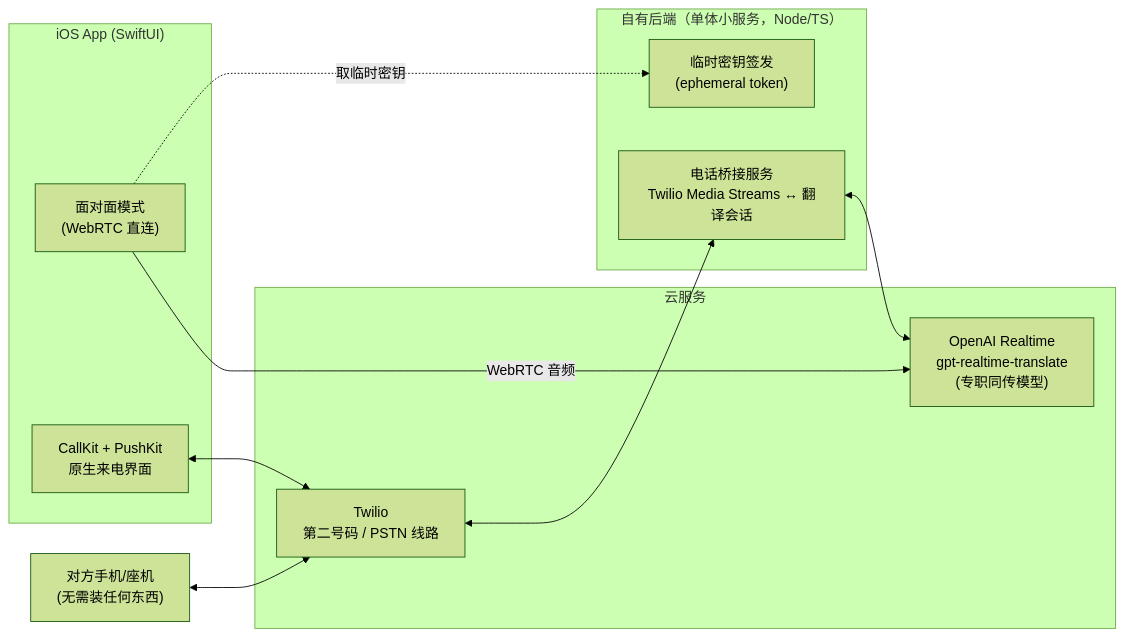
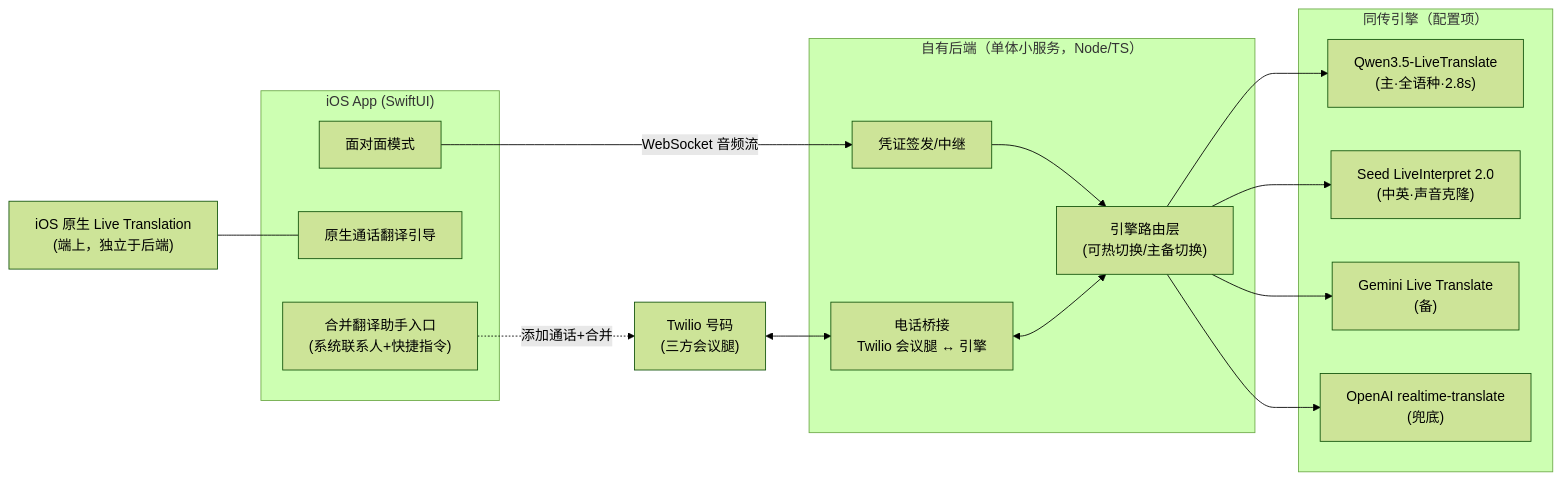
One commit to EricEEEEEEE/EricEEEEEEE changed the diagram in docs/PRD.md. Above: the diagram before and after it, drawn with Mermaid (forest theme). The commit also changed other lines of this file, not shown here.

First line of the commit message:
Rework PRD v2.0: native call translation + merge-bot, multi-engine SI router

````diff
--- a/docs/PRD.md
+++ b/docs/PRD.md
@@ -118,24 +125,27 @@
 ```mermaid
 flowchart LR
   subgraph iPhone["iOS App (SwiftUI)"]
-    F2F["面对面模式\n(WebRTC 直连)"]
-    CK["CallKit + PushKit\n原生来电界面"]
+    F2F["面对面模式"]
+    GUIDE["原生通话翻译引导"]
+    MERGE["合并翻译助手入口\n(系统联系人+快捷指令)"]
   end
 
   subgraph Backend["自有后端（单体小服务，Node/TS）"]
-    TOKEN["临时密钥签发\n(ephemeral token)"]
-    BRIDGE["电话桥接服务\nTwilio Media Streams ↔ 翻译会话"]
+    ROUTER["引擎路由层\n(可热切换/主备切换)"]
+    BRIDGE["电话桥接\nTwilio 会议腿 ↔ 引擎"]
+    TOKEN["凭证签发/中继"]
   end
 
-  subgraph Cloud["云服务"]
-    OAI["OpenAI Realtime\ngpt-realtime-translate\n(专职同传模型)"]
-    TW["Twilio\n第二号码 / PSTN 线路"]
+  subgraph Engines["同传引擎（配置项）"]
+    QWEN["Qwen3.5-LiveTranslate\n(主·全语种·2.8s)"]
+    SEED["Seed LiveInterpret 2.0\n(中英·声音克隆)"]
+    GEM["Gemini Live Translate\n(备)"]
+    OAI["OpenAI realtime-translate\n(兜底)"]
   end
 
-  F2F -- "WebRTC 音频" --> OAI
-  F2F -. "取临时密钥" .-> TOKEN
-  CK <--> TW
-  TW <--> BRIDGE
-  BRIDGE <--> OAI
-  PSTN["对方手机/座机\n(无需装任何东西)"] <--> TW
+  F2F -- "WebSocket 音频流" --> TOKEN --> ROUTER
+  MERGE -. "添加通话+合并" .-> TW["Twilio 号码\n(三方会议腿)"]
+  TW <--> BRIDGE <--> ROUTER
+  ROUTER --> QWEN & SEED & GEM & OAI
+  NATIVE["iOS 原生 Live Translation\n(端上，独立于后端)"] --- GUIDE
 ```
````
